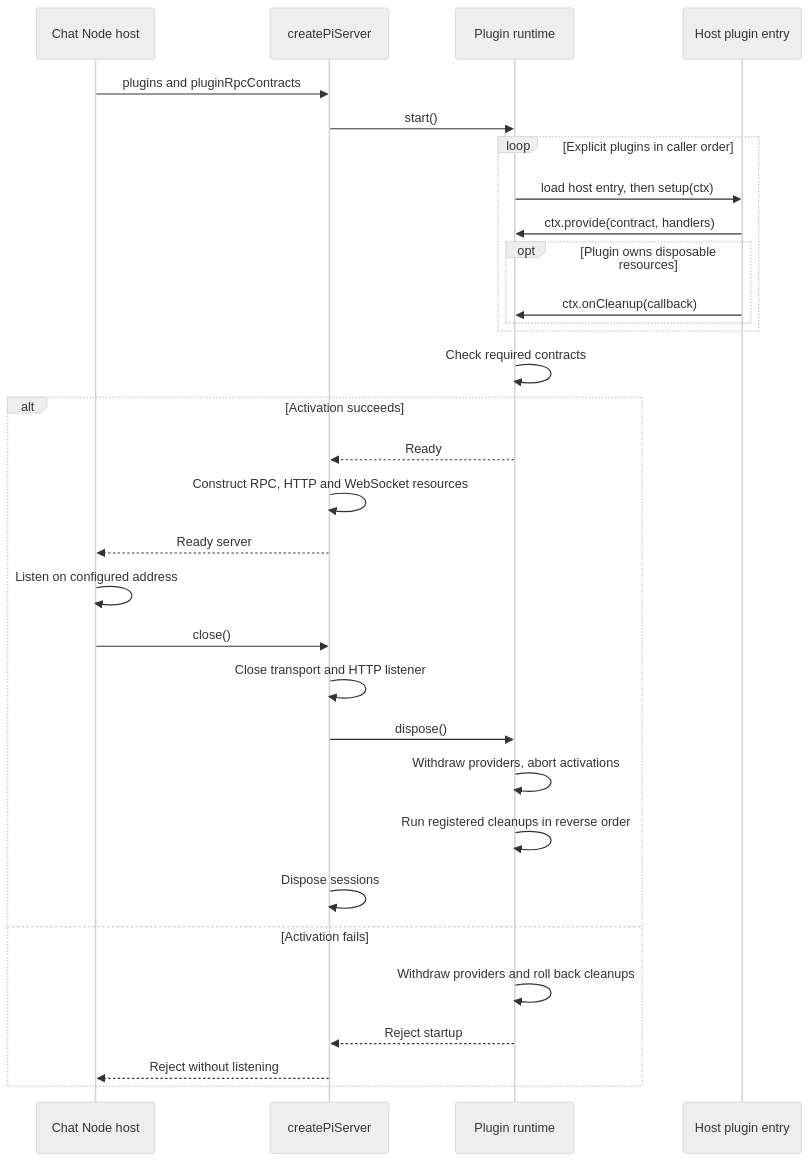
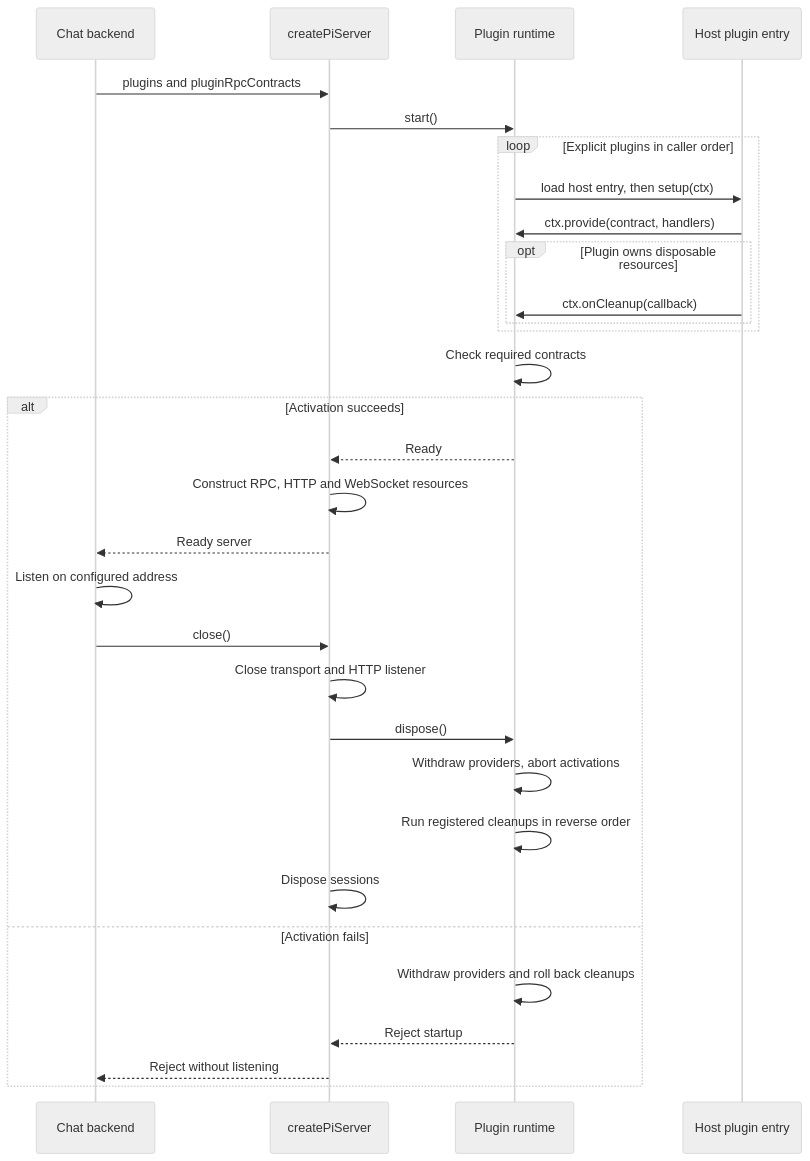
One commit to ManuelSelch/pi-chat changed the diagram in docs/plugin-runtime.md. Above: the diagram before and after it, drawn with Mermaid (neutral theme). The commit also changed other lines of this file and 6 other files, not shown here.

Commit message:
docs: rename Chat Node host to Chat backend

````diff
--- a/docs/plugin-runtime.md
+++ b/docs/plugin-runtime.md
@@ -5,34 +5,34 @@
 ```mermaid
 sequenceDiagram
-    participant Chat as Chat Node host
+    participant Chat as Chat backend
     participant Server as createPiServer
     participant Runtime as Plugin runtime
     participant Plugin as Host plugin entry
 
     Chat->>Server: plugins and pluginRpcContracts
     Server->>Runtime: start()
     loop Explicit plugins in caller order
         Runtime->>Plugin: load host entry, then setup(ctx)
         Plugin->>Runtime: ctx.provide(contract, handlers)
         opt Plugin owns disposable resources
             Plugin->>Runtime: ctx.onCleanup(callback)
         end
     end
     Runtime->>Runtime: Check required contracts
     alt Activation succeeds
         Runtime-->>Server: Ready
         Server->>Server: Construct RPC, HTTP and WebSocket resources
         Server-->>Chat: Ready server
         Chat->>Chat: Listen on configured address
         Chat->>Server: close()
         Server->>Server: Close transport and HTTP listener
         Server->>Runtime: dispose()
         Runtime->>Runtime: Withdraw providers, abort activations
         Runtime->>Runtime: Run registered cleanups in reverse order
         Server->>Server: Dispose sessions
     else Activation fails
         Runtime->>Runtime: Withdraw providers and roll back cleanups
         Runtime-->>Server: Reject startup
         Server-->>Chat: Reject without listening
     end
 ```
````
